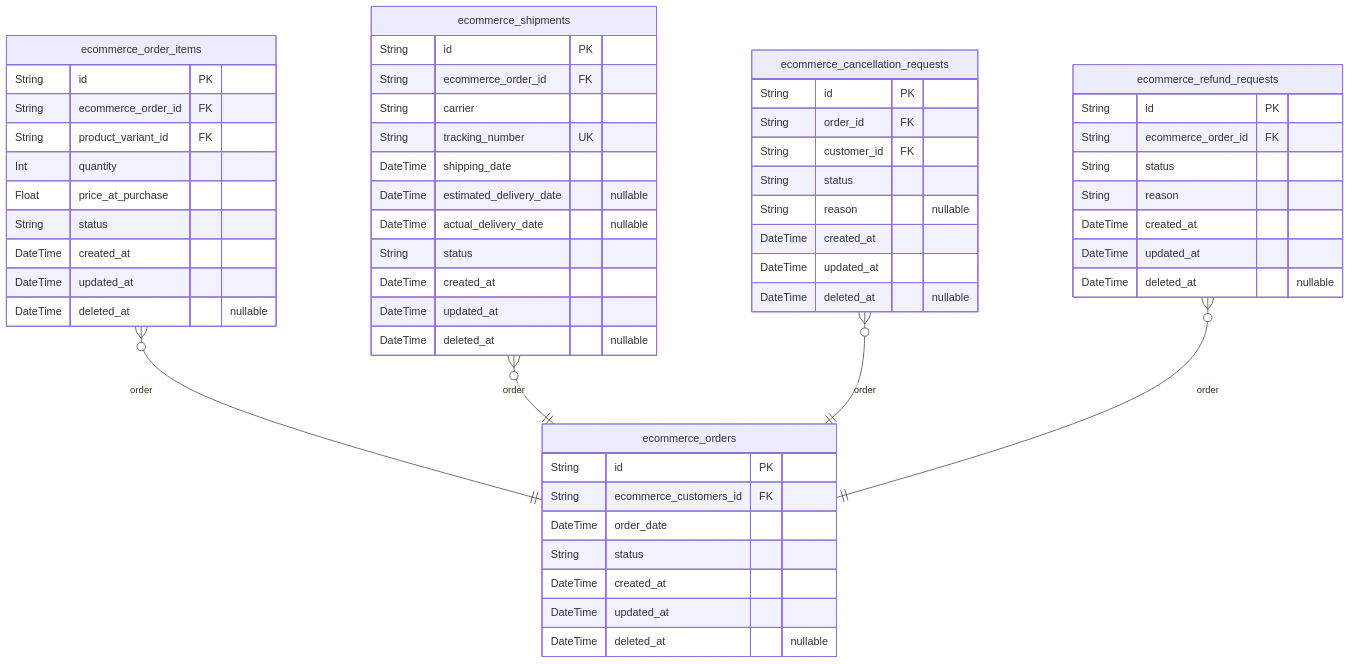
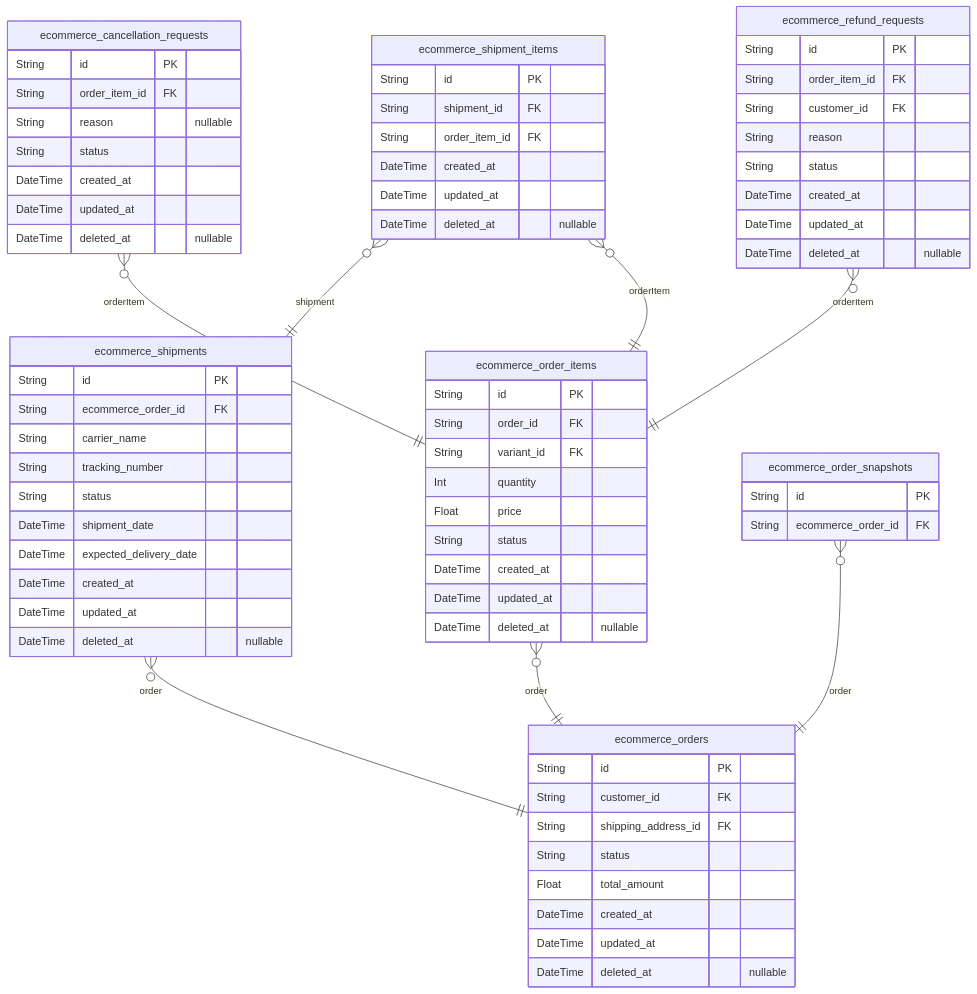
One commit to wrtnlabs/autobe-examples changed the third of 6 diagrams in qwen/qwen3-30b-a3b-thinking-2507/shopping/docs/ERD.md. Above: the diagram before and after it, drawn with Mermaid. The commit also changed other lines of this file and 25939 other files, not shown here.

````diff
--- a/qwen/qwen3-30b-a3b-thinking-2507/shopping/docs/ERD.md
+++ b/qwen/qwen3-30b-a3b-thinking-2507/shopping/docs/ERD.md
@@ -855,59 +815,74 @@
 ```mermaid
 erDiagram
 "ecommerce_orders" {
   String id PK
-  String ecommerce_customers_id FK
-  DateTime order_date
+  String customer_id FK
+  String shipping_address_id FK
   String status
+  Float total_amount
   DateTime created_at
   DateTime updated_at
   DateTime deleted_at "nullable"
 }
 "ecommerce_order_items" {
   String id PK
-  String ecommerce_order_id FK
-  String product_variant_id FK
+  String order_id FK
+  String variant_id FK
   Int quantity
-  Float price_at_purchase
+  Float price
   String status
   DateTime created_at
   DateTime updated_at
   DateTime deleted_at "nullable"
 }
 "ecommerce_shipments" {
   String id PK
   String ecommerce_order_id FK
-  String carrier
-  String tracking_number UK
-  DateTime shipping_date
-  DateTime estimated_delivery_date "nullable"
-  DateTime actual_delivery_date "nullable"
+  String carrier_name
+  String tracking_number
   String status
+  DateTime shipment_date
+  DateTime expected_delivery_date
   DateTime created_at
   DateTime updated_at
   DateTime deleted_at "nullable"
 }
+"ecommerce_shipment_items" {
+  String id PK
+  String shipment_id FK
+  String order_item_id FK
+  DateTime created_at
+  DateTime updated_at
+  DateTime deleted_at "nullable"
+}
+"ecommerce_order_snapshots" {
+  String id PK
+  String ecommerce_order_id FK
+}
 "ecommerce_cancellation_requests" {
   String id PK
-  String order_id FK
-  String customer_id FK
+  String order_item_id FK
+  String reason "nullable"
   String status
-  String reason "nullable"
   DateTime created_at
   DateTime updated_at
   DateTime deleted_at "nullable"
 }
 "ecommerce_refund_requests" {
   String id PK
-  String ecommerce_order_id FK
+  String order_item_id FK
+  String customer_id FK
+  String reason
   String status
-  String reason
   DateTime created_at
   DateTime updated_at
   DateTime deleted_at "nullable"
 }
 "ecommerce_order_items" }o--|| "ecommerce_orders" : order
 "ecommerce_shipments" }o--|| "ecommerce_orders" : order
-"ecommerce_cancellation_requests" }o--|| "ecommerce_orders" : order
-"ecommerce_refund_requests" }o--|| "ecommerce_orders" : order
+"ecommerce_shipment_items" }o--|| "ecommerce_shipments" : shipment
+"ecommerce_shipment_items" }o--|| "ecommerce_order_items" : orderItem
+"ecommerce_order_snapshots" }o--|| "ecommerce_orders" : order
+"ecommerce_cancellation_requests" }o--|| "ecommerce_order_items" : orderItem
+"ecommerce_refund_requests" }o--|| "ecommerce_order_items" : orderItem
 ```
````
